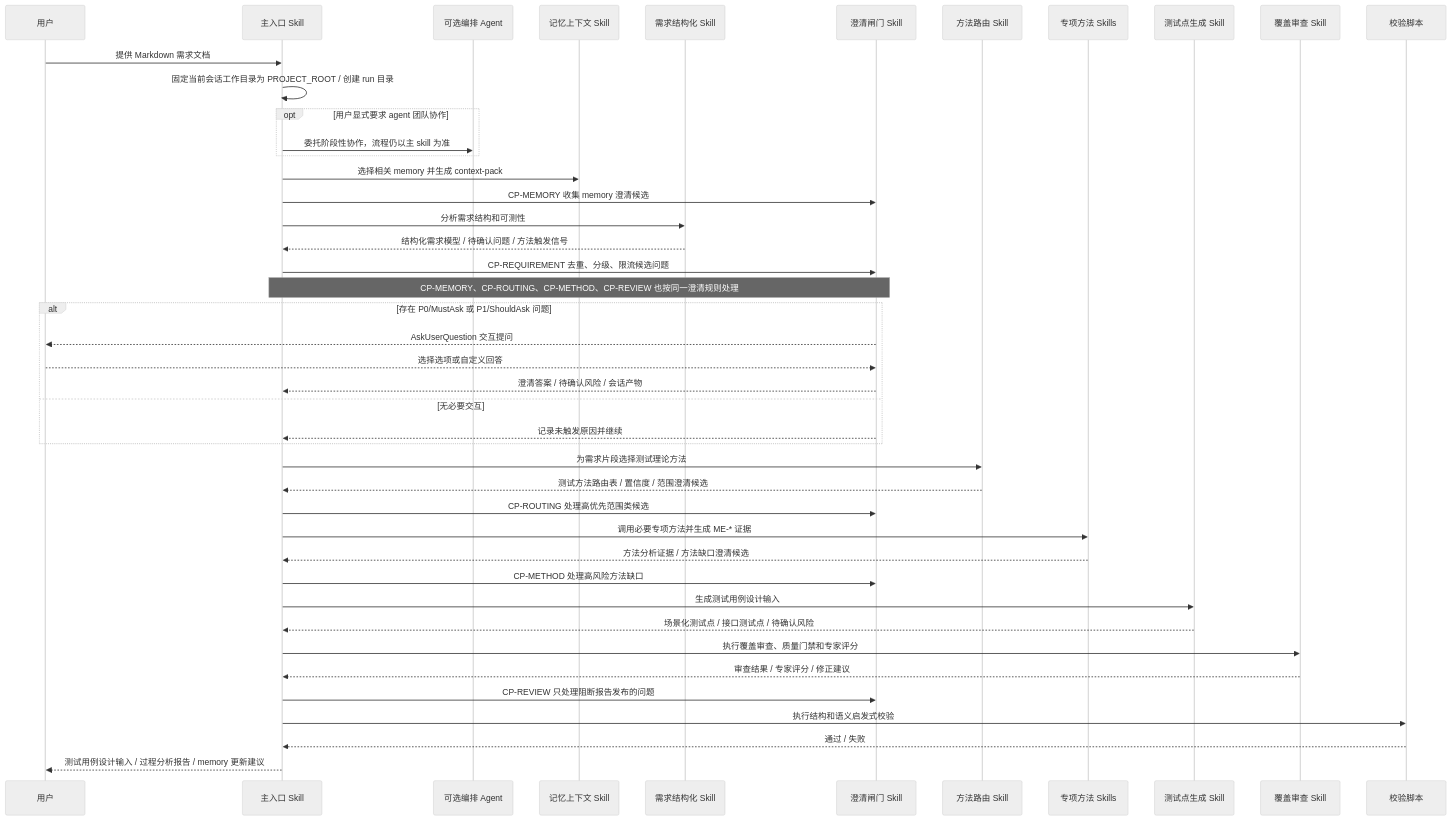
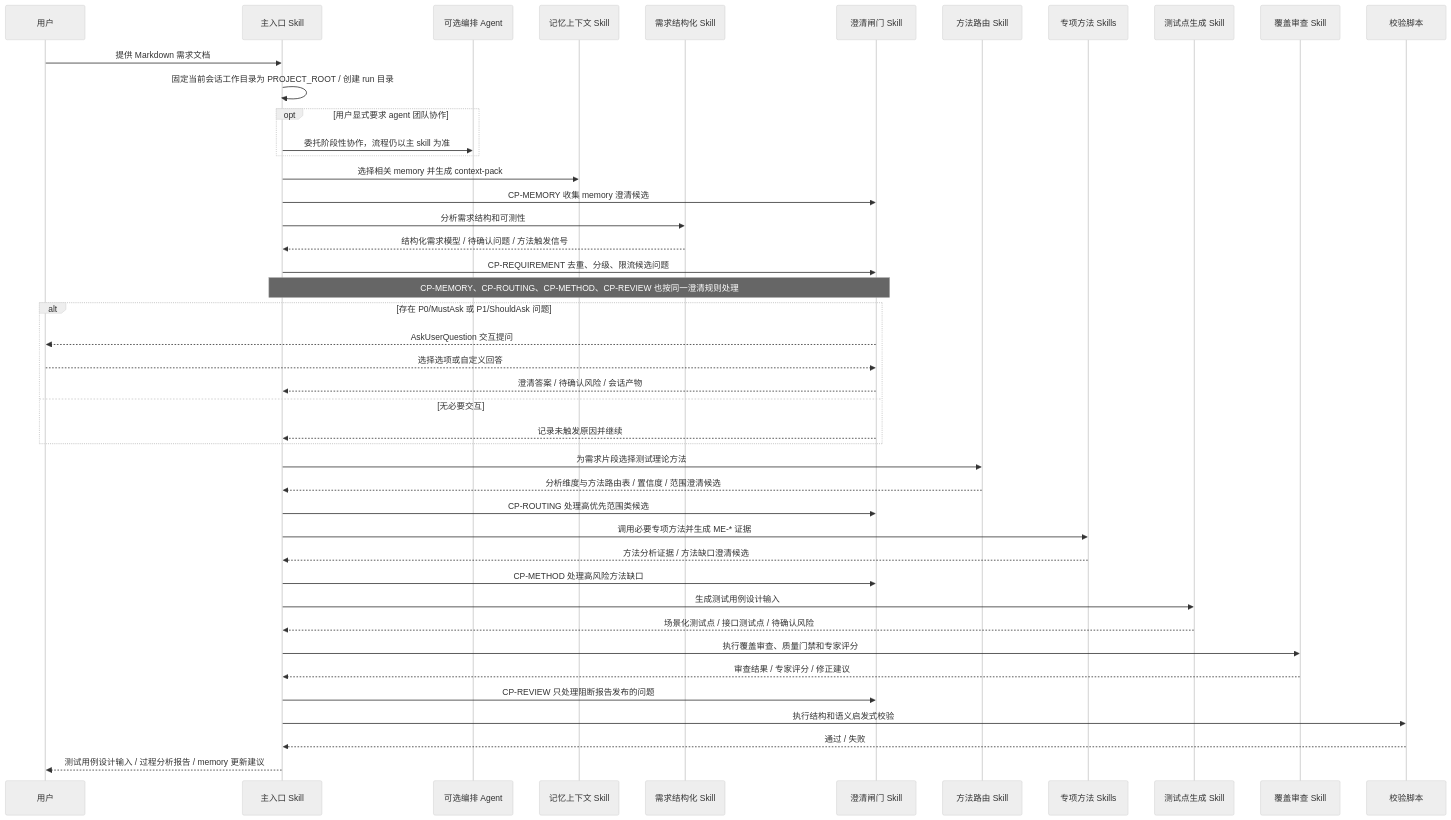
One commit to szluoqy-byte/Test-Analysis-Agent changed the fourth of 8 diagrams in docs/test-analysis-agent-design.md. Above: the diagram before and after it, drawn with Mermaid (neutral theme). The commit also changed other lines of this file and 55 other files, not shown here.

````diff
--- a/docs/test-analysis-agent-design.md
+++ b/docs/test-analysis-agent-design.md
@@ -218,47 +224,47 @@
 ```mermaid
 sequenceDiagram
   participant U as 用户
   participant E as 主入口 Skill
   participant O as 可选编排 Agent
   participant M as 记忆上下文 Skill
   participant R as 需求结构化 Skill
   participant C as 澄清闸门 Skill
   participant T as 方法路由 Skill
   participant S as 专项方法 Skills
   participant G as 测试点生成 Skill
   participant Q as 覆盖审查 Skill
   participant L as 校验脚本
 
   U->>E: 提供 Markdown 需求文档
   E->>E: 固定当前会话工作目录为 PROJECT_ROOT / 创建 run 目录
   opt 用户显式要求 agent 团队协作
     E->>O: 委托阶段性协作，流程仍以主 skill 为准
   end
   E->>M: 选择相关 memory 并生成 context-pack
   E->>C: CP-MEMORY 收集 memory 澄清候选
   E->>R: 分析需求结构和可测性
   R-->>E: 结构化需求模型 / 待确认问题 / 方法触发信号
   E->>C: CP-REQUIREMENT 去重、分级、限流候选问题
   Note over E,C: CP-MEMORY、CP-ROUTING、CP-METHOD、CP-REVIEW 也按同一澄清规则处理
   alt 存在 P0/MustAsk 或 P1/ShouldAsk 问题
     C-->>U: AskUserQuestion 交互提问
     U-->>C: 选择选项或自定义回答
     C-->>E: 澄清答案 / 待确认风险 / 会话产物
   else 无必要交互
     C-->>E: 记录未触发原因并继续
   end
   E->>T: 为需求片段选择测试理论方法
-  T-->>E: 测试方法路由表 / 置信度 / 范围澄清候选
+  T-->>E: 分析维度与方法路由表 / 置信度 / 范围澄清候选
   E->>C: CP-ROUTING 处理高优先范围类候选
   E->>S: 调用必要专项方法并生成 ME-* 证据
   S-->>E: 方法分析证据 / 方法缺口澄清候选
   E->>C: CP-METHOD 处理高风险方法缺口
   E->>G: 生成测试用例设计输入
   G-->>E: 场景化测试点 / 接口测试点 / 待确认风险
   E->>Q: 执行覆盖审查、质量门禁和专家评分
   Q-->>E: 审查结果 / 专家评分 / 修正建议
   E->>C: CP-REVIEW 只处理阻断报告发布的问题
   E->>L: 执行结构和语义启发式校验
   L-->>E: 通过 / 失败
   E-->>U: 测试用例设计输入 / 过程分析报告 / memory 更新建议
 ```
````
